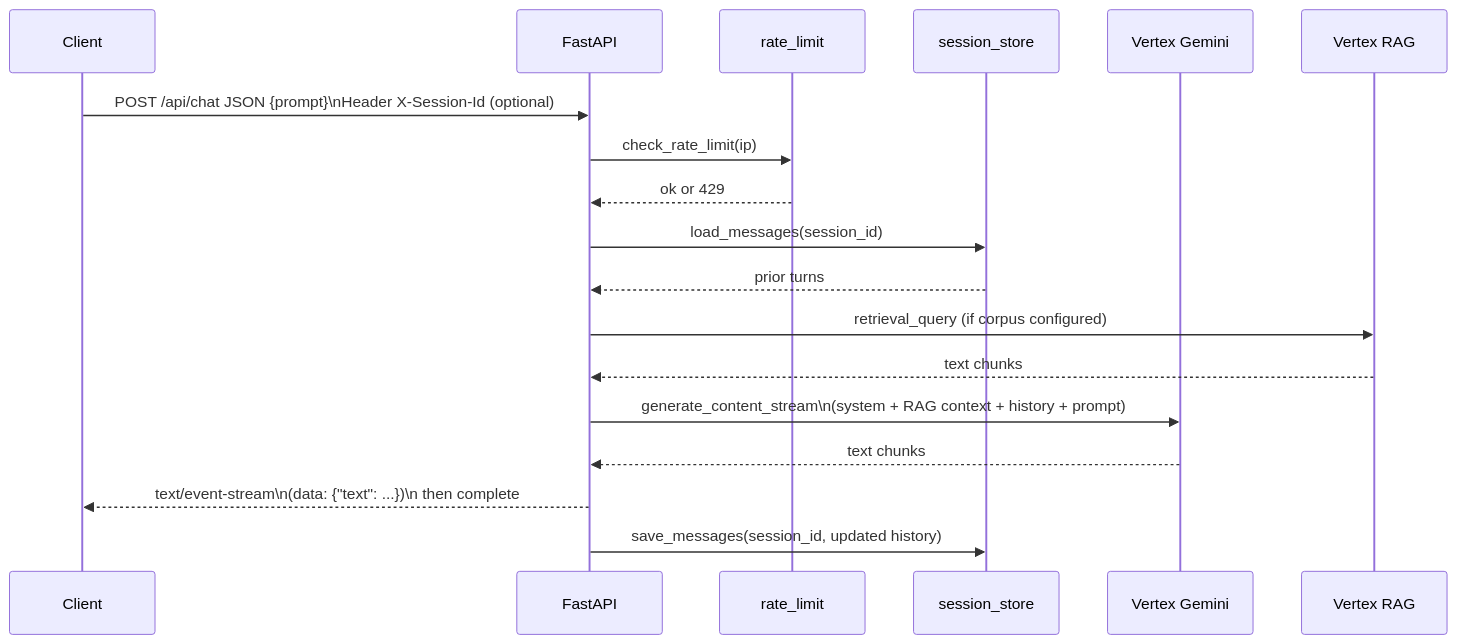
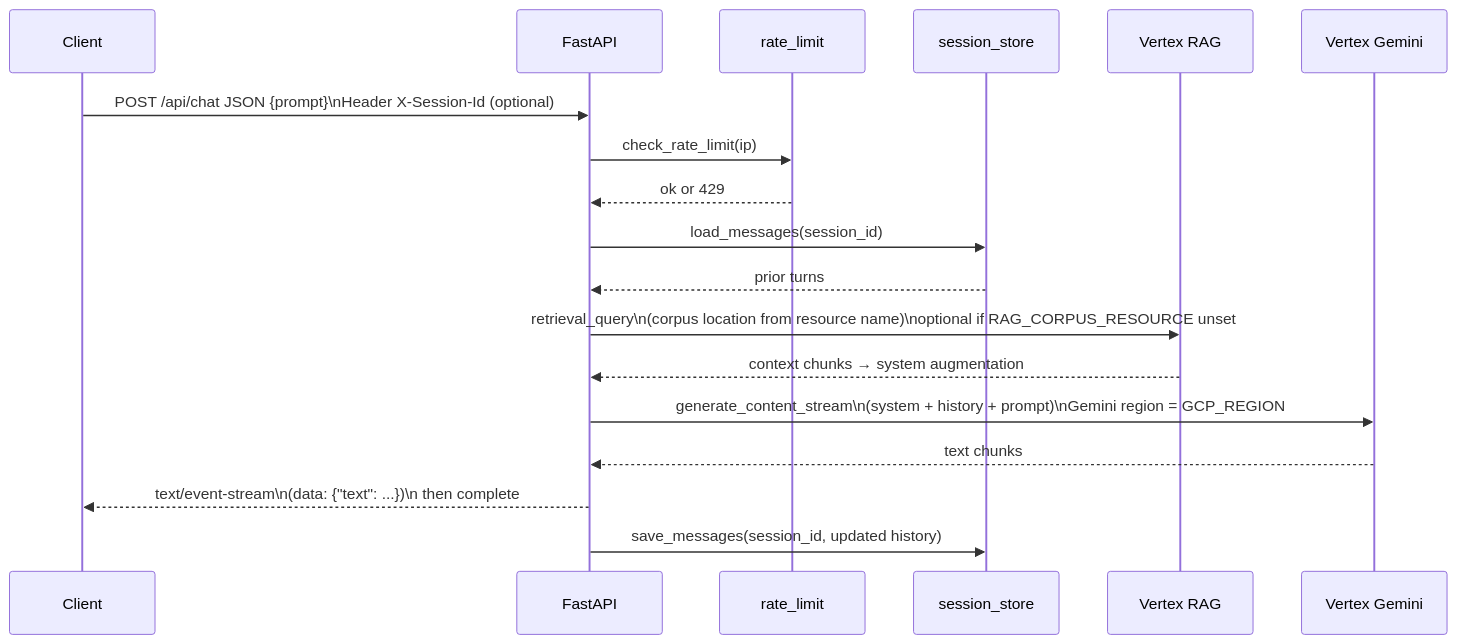
The fifth of 5 diagrams in docs/ARCHITECTURE.md (ak47/digital_twin), drawn with Mermaid before and after one commit. The commit also changed other lines of this file and 3 other files, not shown here.

Commit message:
Update documentation and system prompts to reflect first-person narrative for Andrew's responses. Revised README and ARCHITECTURE.md for clarity on deployment processes and RAG corpus lifecycle. Enhanced system.md to instruct on first-person usage and context-based responses.

````diff
--- a/docs/ARCHITECTURE.md
+++ b/docs/ARCHITECTURE.md
@@ -90,21 +143,21 @@
 ```mermaid
 sequenceDiagram
     participant C as Client
     participant API as FastAPI
     participant RL as rate_limit
     participant SS as session_store
+    participant R as Vertex RAG
     participant V as Vertex Gemini
-    participant R as Vertex RAG
 
     C->>API: POST /api/chat JSON {prompt}\nHeader X-Session-Id (optional)
     API->>RL: check_rate_limit(ip)
     RL-->>API: ok or 429
     API->>SS: load_messages(session_id)
     SS-->>API: prior turns
-    API->>R: retrieval_query (if corpus configured)
-    R-->>API: text chunks
-    API->>V: generate_content_stream\n(system + RAG context + history + prompt)
+    API->>R: retrieval_query\n(corpus location from resource name)\noptional if RAG_CORPUS_RESOURCE unset
+    R-->>API: context chunks → system augmentation
+    API->>V: generate_content_stream\n(system + history + prompt)\nGemini region = GCP_REGION
     V-->>API: text chunks
     API-->>C: text/event-stream\n(data: {"text": ...})\n then complete
     API->>SS: save_messages(session_id, updated history)
 ```
````
